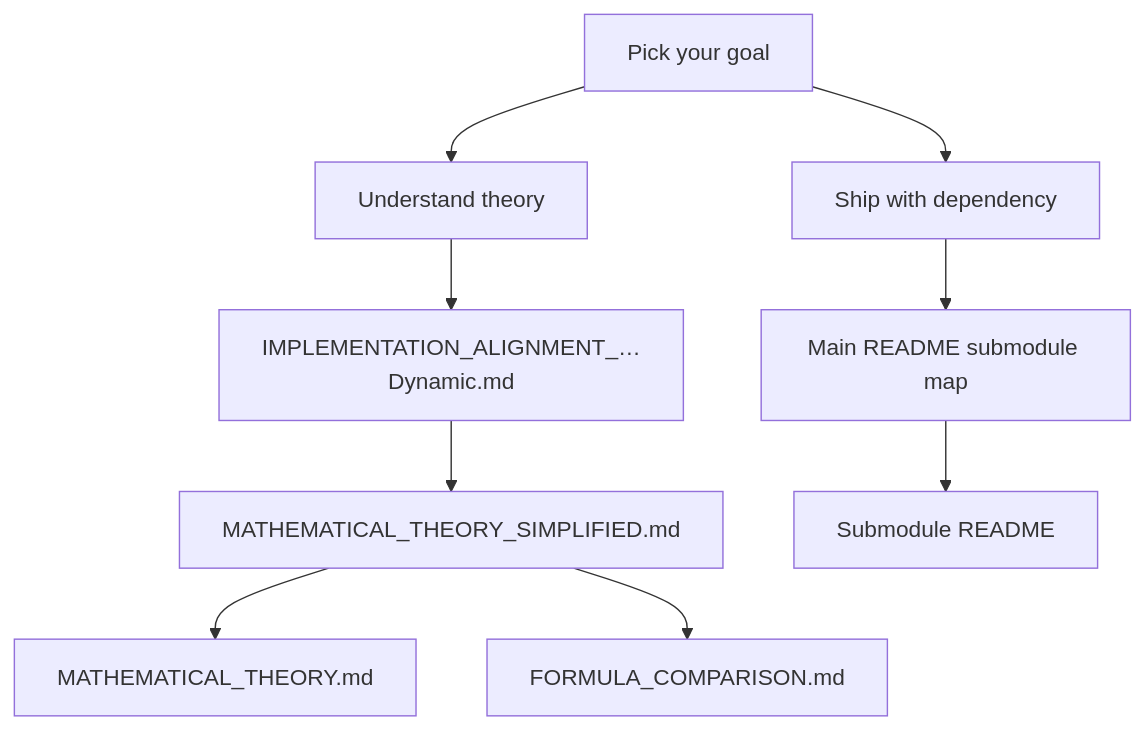
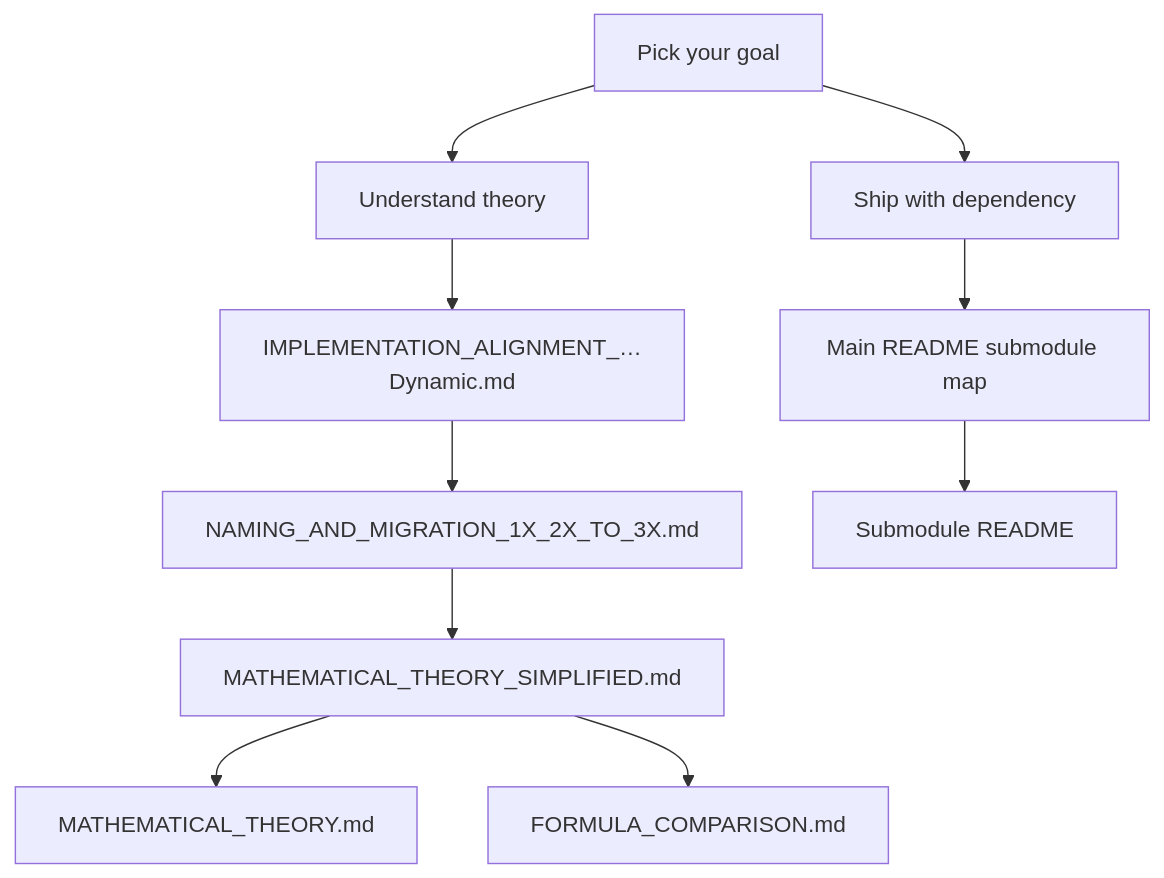
The diagram in DOCS/README.md (bodenberg/appdimens), drawn with Mermaid before and after one commit. The commit also changed other lines of this file and 12 other files, not shown here.

````diff
--- a/DOCS/README.md
+++ b/DOCS/README.md
@@ -31,12 +31,13 @@
 ```mermaid
 flowchart TD
     startGoal["Pick your goal"]
     startGoal --> theoryPath["Understand theory"]
     startGoal --> shipPath["Ship with dependency"]
     theoryPath --> alignDoc["IMPLEMENTATION_ALIGNMENT_…Dynamic.md"]
-    alignDoc --> simplifiedDoc["MATHEMATICAL_THEORY_SIMPLIFIED.md"]
+    alignDoc --> migDoc["NAMING_AND_MIGRATION_1X_2X_TO_3X.md"]
+    migDoc --> simplifiedDoc["MATHEMATICAL_THEORY_SIMPLIFIED.md"]
     simplifiedDoc --> fullDoc["MATHEMATICAL_THEORY.md"]
     simplifiedDoc --> compareDoc["FORMULA_COMPARISON.md"]
     shipPath --> hubReadme["Main README submodule map"]
     hubReadme --> subReadme["Submodule README"]
 ```
````
